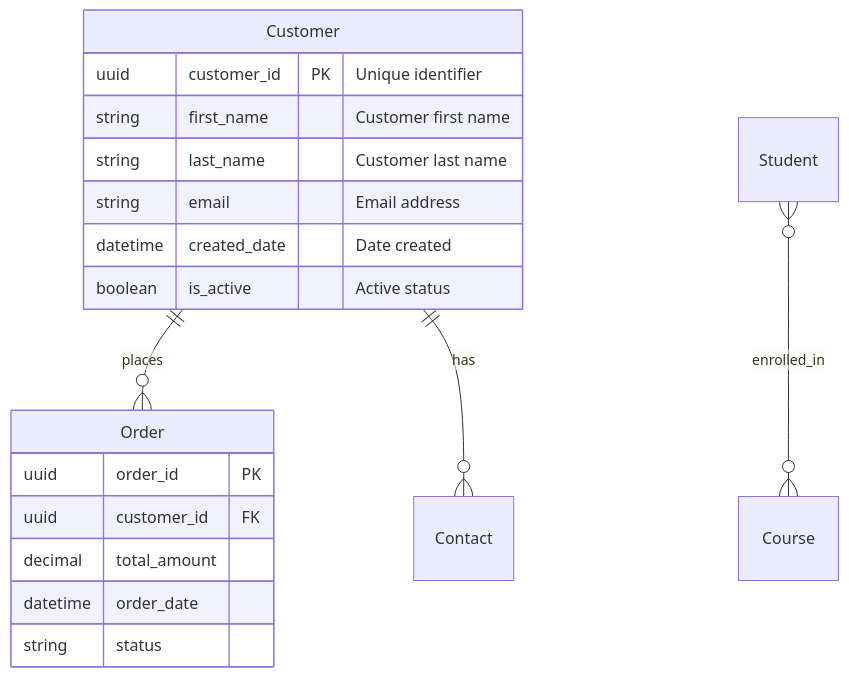
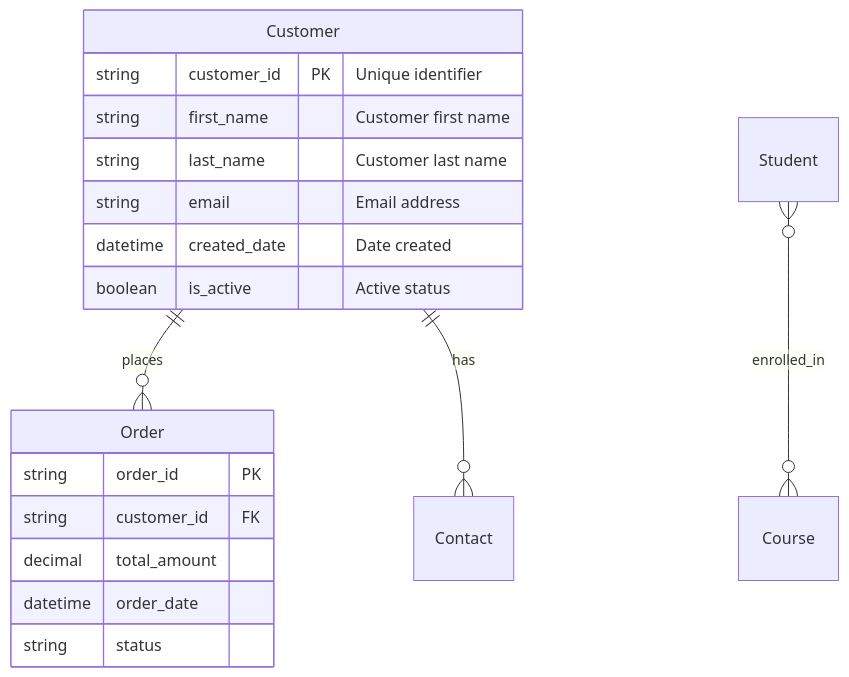
One commit to LuiseFreese/mermaid changed the second of 4 diagrams in docs/ARCHITECTURE.md. Above: the diagram before and after it, drawn with Mermaid. The commit also changed other lines of this file and 24 other files, not shown here.

````diff
--- a/docs/ARCHITECTURE.md
+++ b/docs/ARCHITECTURE.md
@@ -122,27 +120,27 @@
 ```mermaid
 erDiagram
     %% Entity definition with attributes
     Customer {
-        uuid customer_id PK "Unique identifier"
+        string customer_id PK "Unique identifier"
         string first_name "Customer first name"
         string last_name "Customer last name"
         string email "Email address"
         datetime created_date "Date created"
         boolean is_active "Active status"
     }
     
     Order {
-        uuid order_id PK
-        uuid customer_id FK
+        string order_id PK
+        string customer_id FK
         decimal total_amount
         datetime order_date
         string status
     }
     
     %% Relationships with cardinality
     Customer ||--o{ Order : "places"
     Customer ||--o{ Contact : "has"
     
     %% Many-to-many via junction table
     Student }o--o{ Course : "enrolled_in"
 ```
````
